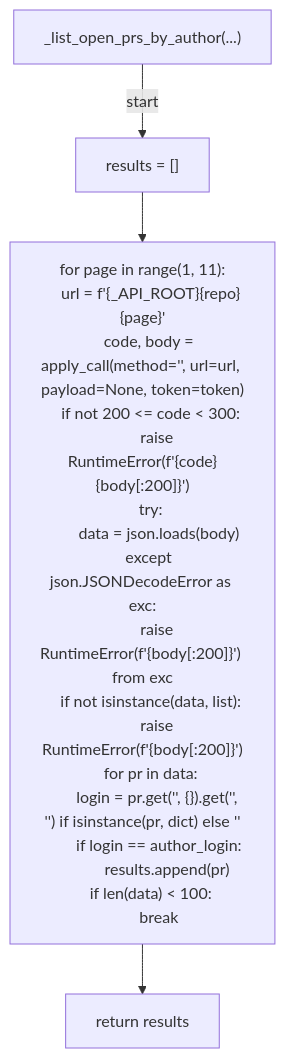
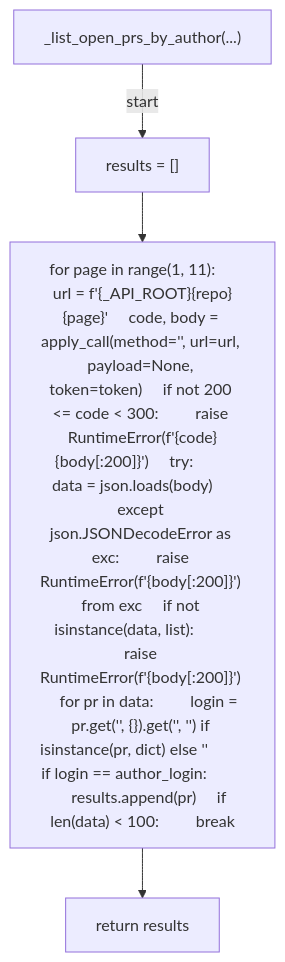
One commit to tvna/claude-md changed the first of 3 diagrams in docs/generated/scripts/ast/_pr_merge.md. Above: the diagram before and after it, drawn with Mermaid. The commit also changed other lines of this file and 20 other files, not shown here.

First line of the commit message:
docs(generated): regenerate decision tree and workflow diagrams (batch 1/5)

````diff
--- a/docs/generated/scripts/ast/_pr_merge.md
+++ b/docs/generated/scripts/ast/_pr_merge.md
@@ -7,26 +7,10 @@
 ```mermaid
 flowchart TD
     N001["_list_open_prs_by_author(...)"]
     N002["results = []"]
-    N003["for page in range(1, 11):
-    url = f'{_API_ROOT}<str>{repo}<str>{page}'
-    code, body = apply_call(method='<str>', url=url, payload=None, token=token)
-    if not 200 <= code < 300:
-        raise RuntimeError(f'<str>{code}<str>{body[:200]}')
-    try:
-        data = json.loads(body)
-    except json.JSONDecodeError as exc:
-        raise RuntimeError(f'<str>{body[:200]}') from exc
-    if not isinstance(data, list):
-        raise RuntimeError(f'<str>{body[:200]}')
-    for pr in data:
-        login = pr.get('<str>', {}).get('<str>', '<str>') if isinstance(pr, dict) else '<str>'
-        if login == author_login:
-            results.append(pr)
-    if len(data) < 100:
-        break"]
+    N003["for page in range(1, 11):     url = f'{_API_ROOT}<str>{repo}<str>{page}'     code, body = apply_call(method='<str>', url=url, payload=None, token=token)     if not 200 <= code < 300:         raise RuntimeError(f'<str>{code}<str>{body[:200]}')     try:         data = json.loads(body)     except json.JSONDecodeError as exc:         raise RuntimeError(f'<str>{body[:200]}') from exc     if not isinstance(data, list):         raise RuntimeError(f'<str>{body[:200]}')     for pr in data:         login = pr.get('<str>', {}).get('<str>', '<str>') if isinstance(pr, dict) else '<str>'         if login == author_login:             results.append(pr)     if len(data) < 100:         break"]
     N004["return results"]
     N001 -->|"start"| N002
     N002 --> N003
     N003 --> N004
 ```
````
